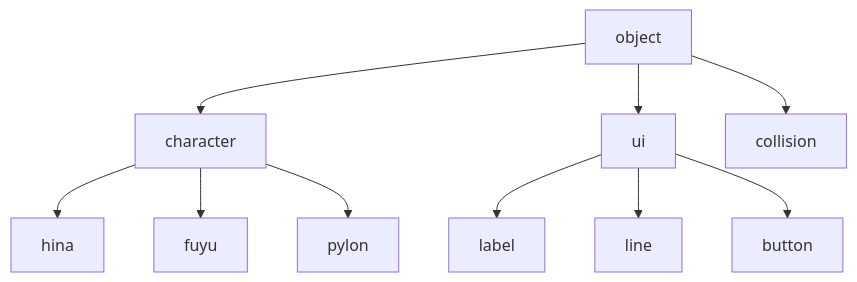
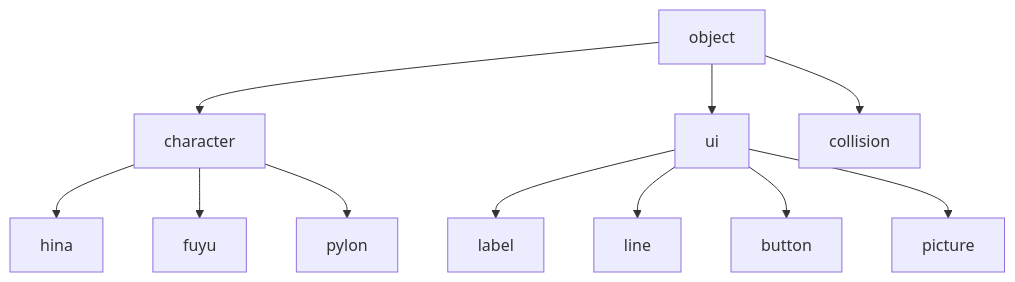
The diagram in docs/ゲームエンジン.md (eve68k/ReHMC1), drawn with Mermaid before and after one commit. The commit also changed other lines of this file, not shown here.

````diff
--- a/docs/ゲームエンジン.md
+++ b/docs/ゲームエンジン.md
@@ -32,22 +32,24 @@
 ```mermaid
 flowchart TB
   node_1["object"]
   node_2["character"]
   node_3["hina"]
   node_4["fuyu"]
   node_5["pylon"]
   node_6["ui"]
   node_7["label"]
   node_8["line"]
   node_9["button"]
   node_10["collision"]
+  node_11["picture"]
   node_1 --> node_2
   node_2 --> node_3
   node_2 --> node_4
   node_2 --> node_5
   node_1 --> node_6
   node_6 --> node_7
   node_6 --> node_8
   node_6 --> node_9
   node_1 --> node_10
+  node_6 --> node_11
 ```
````
